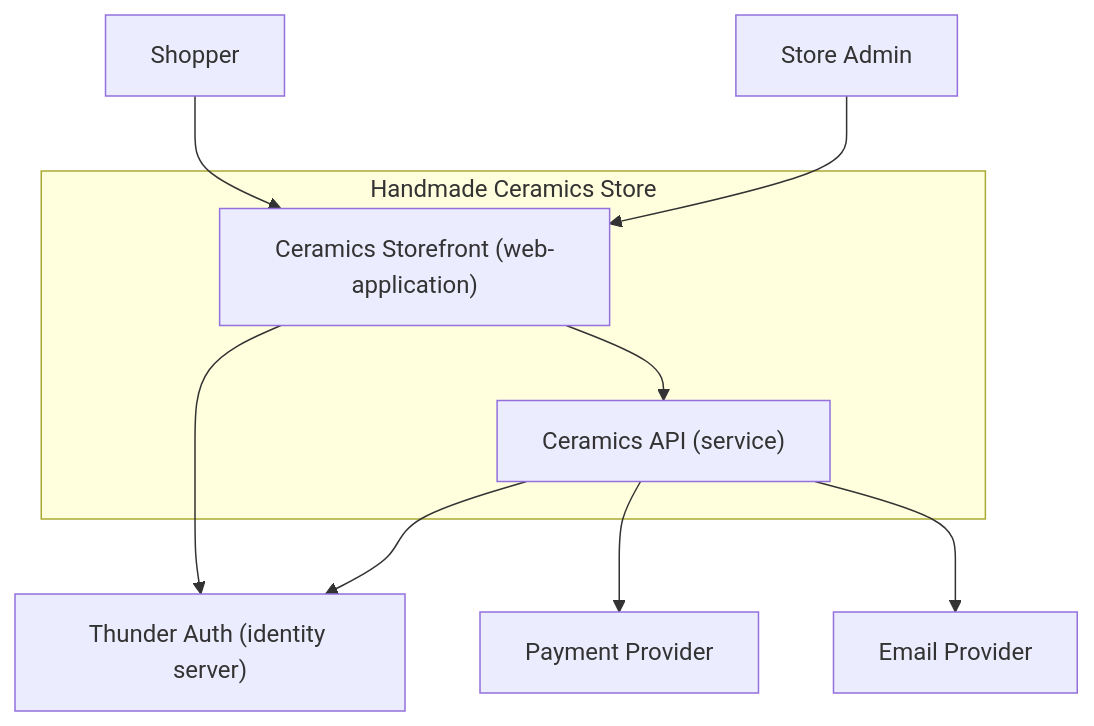
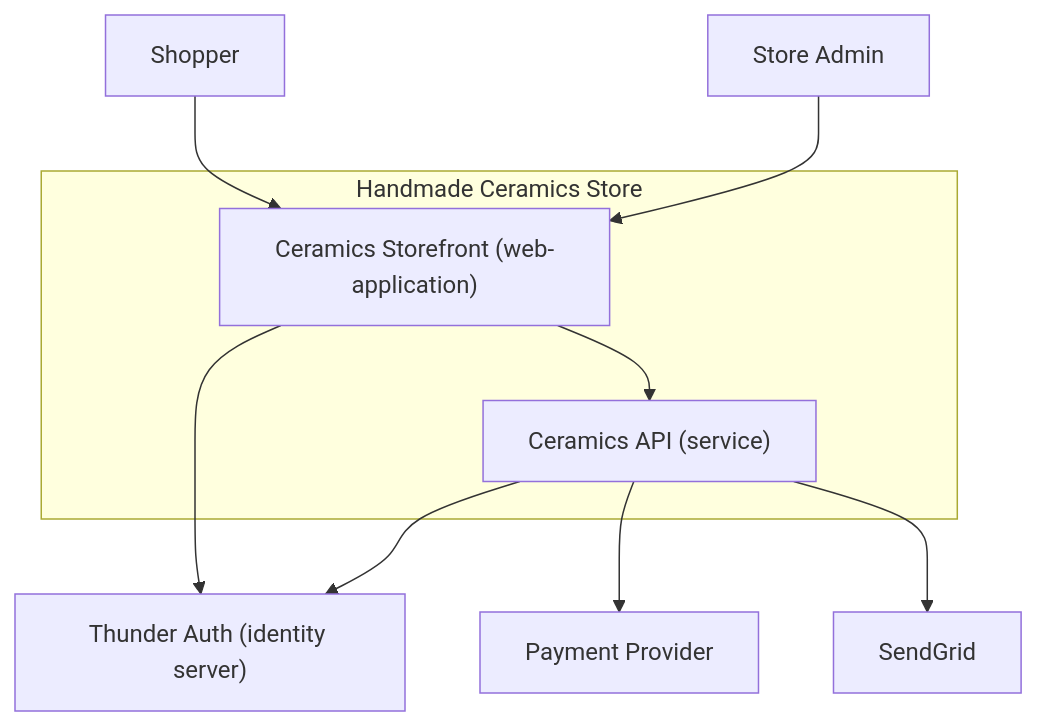
Before and after one commit to senithkay-asdlc/store-handmade-ceramicsw7: the first of 5 diagrams in specs/design/design.md, drawn with Mermaid. The commit also changed other lines of this file and 2 other files, not shown here.

Commit message:
aep: apply file changes: collab session

````diff
--- a/specs/design/design.md
+++ b/specs/design/design.md
@@ -15,22 +15,22 @@
 ```mermaid
 graph TB
   shopper["Shopper"]
   admin["Store Admin"]
 
   subgraph system["Handmade Ceramics Store"]
     webapp["Ceramics Storefront (web-application)"]
     api["Ceramics API (service)"]
   end
 
   auth["Thunder Auth (identity server)"]
   payment["Payment Provider"]
-  email["Email Provider"]
+  email["SendGrid"]
 
   shopper --> webapp
   admin --> webapp
   webapp --> api
   webapp --> auth
   api --> auth
   api --> payment
   api --> email
 ```
````
